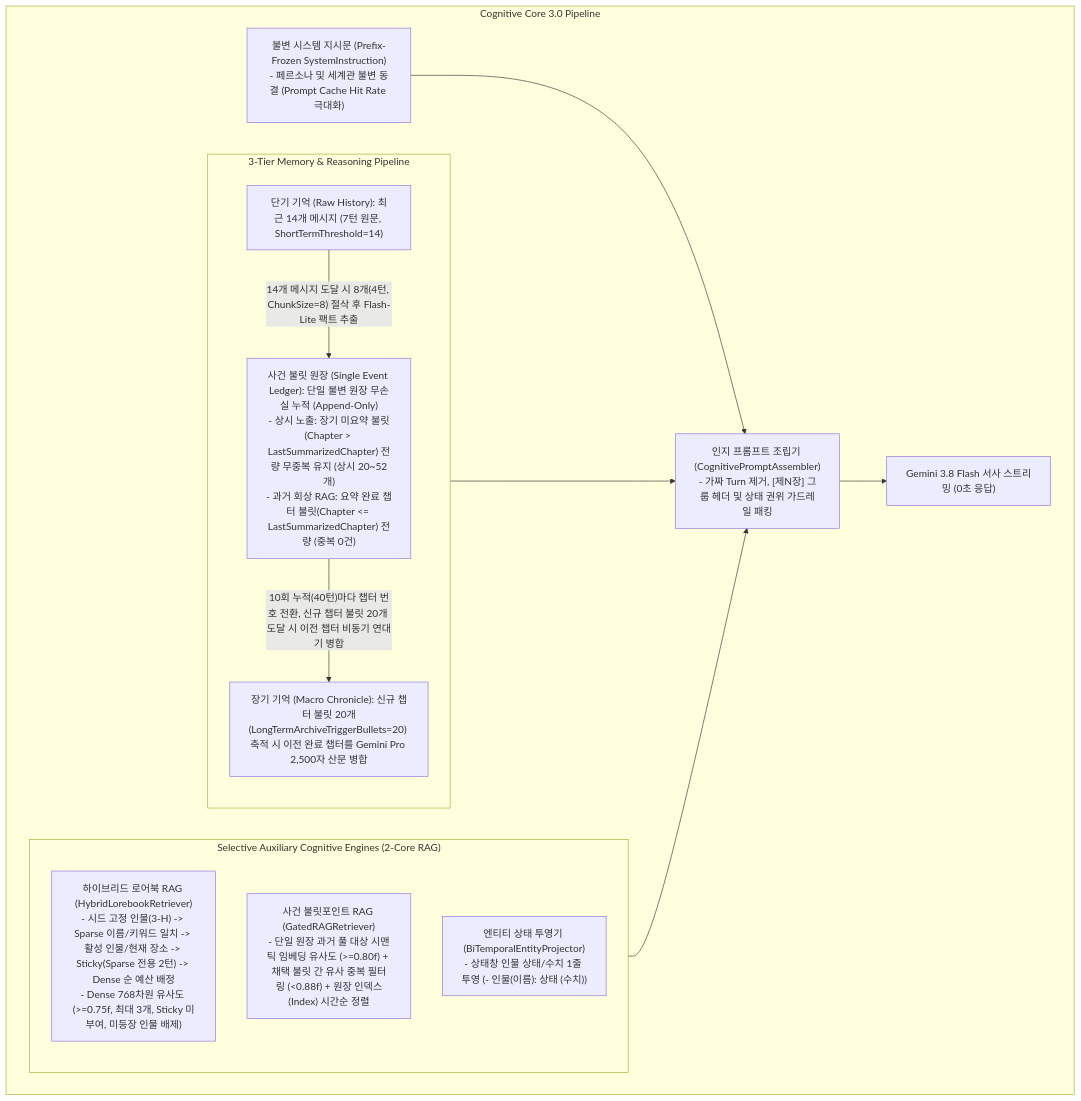
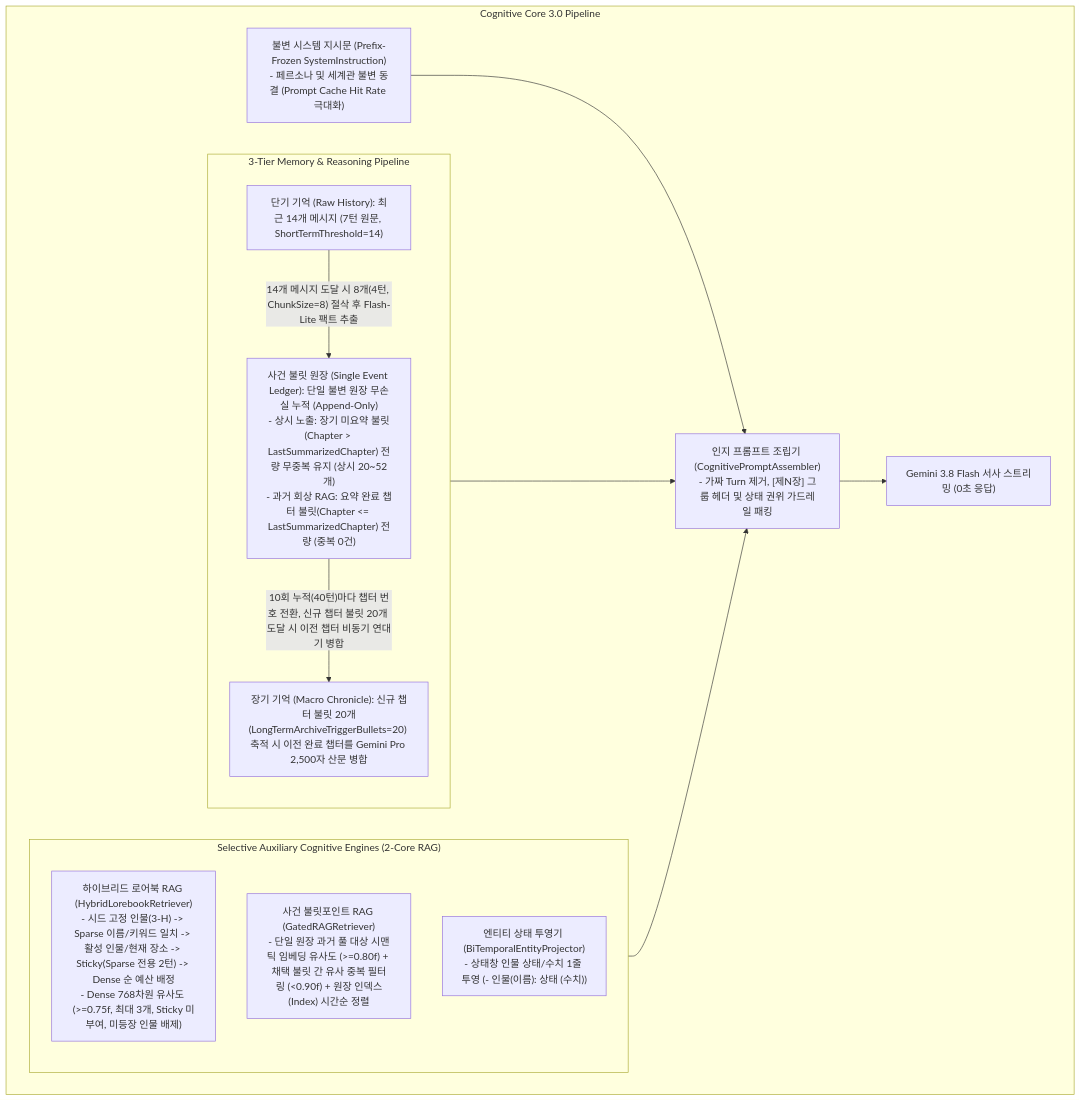
Before and after one commit to jin20203458/Obsidian.Agent: the first of 3 diagrams in GRC/docs/01_grc_architecture.md, drawn with Mermaid. The commit also changed other lines of this file, not shown here.

````diff
--- a/GRC/docs/01_grc_architecture.md
+++ b/GRC/docs/01_grc_architecture.md
@@ -36,28 +36,28 @@
 ```mermaid
 flowchart TB
     subgraph COGNITIVE_CORE ["Cognitive Core 3.0 Pipeline"]
         SYS["불변 시스템 지시문 (Prefix-Frozen SystemInstruction)<br>- 페르소나 및 세계관 불변 동결 (Prompt Cache Hit Rate 극대화)"]
         
         subgraph TIERS ["3-Tier Memory & Reasoning Pipeline"]
             M1["단기 기억 (Raw History): 최근 14개 메시지 (7턴 원문, ShortTermThreshold=14)"]
             M2["사건 불릿 원장 (Single Event Ledger): 단일 불변 원장 무손실 누적 (Append-Only)<br>- 상시 노출: 장기 미요약 불릿(Chapter > LastSummarizedChapter) 전량 무중복 유지 (상시 20~52개)<br>- 과거 회상 RAG: 요약 완료 챕터 불릿(Chapter <= LastSummarizedChapter) 전량 (중복 0건)"]
             M3["장기 기억 (Macro Chronicle): 신규 챕터 불릿 20개(LongTermArchiveTriggerBullets=20) 축적 시 이전 완료 챕터를 Gemini Pro 2,500자 산문 병합"]
             
             M1 -->|"14개 메시지 도달 시 8개(4턴, ChunkSize=8) 절삭 후 Flash-Lite 팩트 추출"| M2
             M2 -->|"10회 누적(40턴)마다 챕터 번호 전환, 신규 챕터 불릿 20개 도달 시 이전 챕터 비동기 연대기 병합"| M3
         end
         
         subgraph AUXILIARY ["Selective Auxiliary Cognitive Engines (2-Core RAG)"]
             HL["하이브리드 로어북 RAG (HybridLorebookRetriever)<br>- 시드 고정 인물(3-H) -> Sparse 이름/키워드 일치 -> 활성 인물/현재 장소 -> Sticky(Sparse 전용 2턴) -> Dense 순 예산 배정<br>- Dense 768차원 유사도 (>=0.75f, 최대 3개, Sticky 미부여, 미등장 인물 배제)"]
-            GR["사건 불릿포인트 RAG (GatedRAGRetriever)<br>- 단일 원장 과거 풀 대상 시맨틱 임베딩 유사도 (>=0.80f) + 채택 불릿 간 유사 중복 필터링 (<0.88f) + 원장 인덱스(Index) 시간순 정렬"]
+            GR["사건 불릿포인트 RAG (GatedRAGRetriever)<br>- 단일 원장 과거 풀 대상 시맨틱 임베딩 유사도 (>=0.80f) + 채택 불릿 간 유사 중복 필터링 (<0.90f) + 원장 인덱스(Index) 시간순 정렬"]
             BP["엔티티 상태 투영기 (BiTemporalEntityProjector)<br>- 상태창 인물 상태/수치 1줄 투영 (- 인물(이름): 상태 (수치))"]
         end
         
         ASSEMBLER["인지 프롬프트 조립기 (CognitivePromptAssembler)<br>- 가짜 Turn 제거, [제N장] 그룹 헤더 및 상태 권위 가드레일 패킹"]
         
         SYS --> ASSEMBLER
         TIERS --> ASSEMBLER
         AUXILIARY --> ASSEMBLER
         ASSEMBLER --> LLM["Gemini 3.8 Flash 서사 스트리밍 (0초 응답)"]
     end
 ```
````
